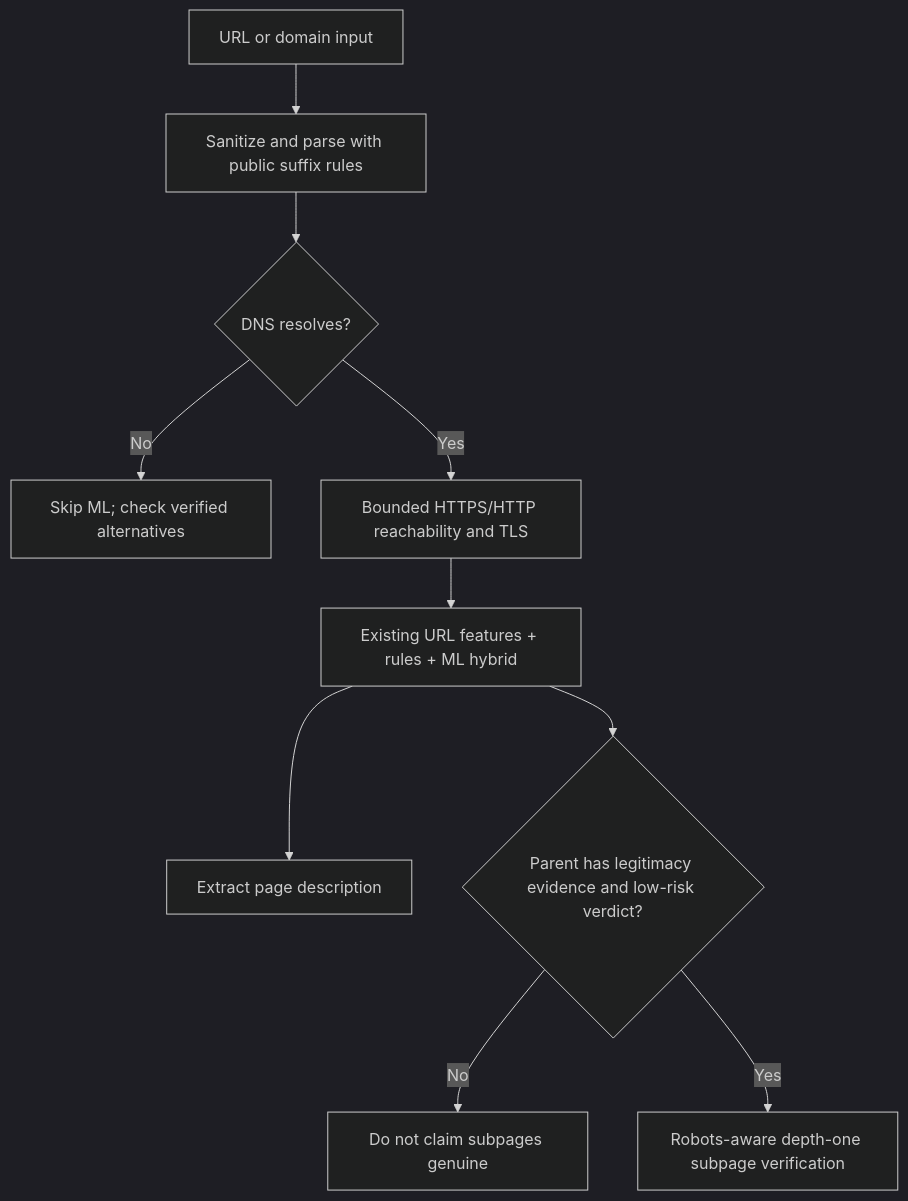
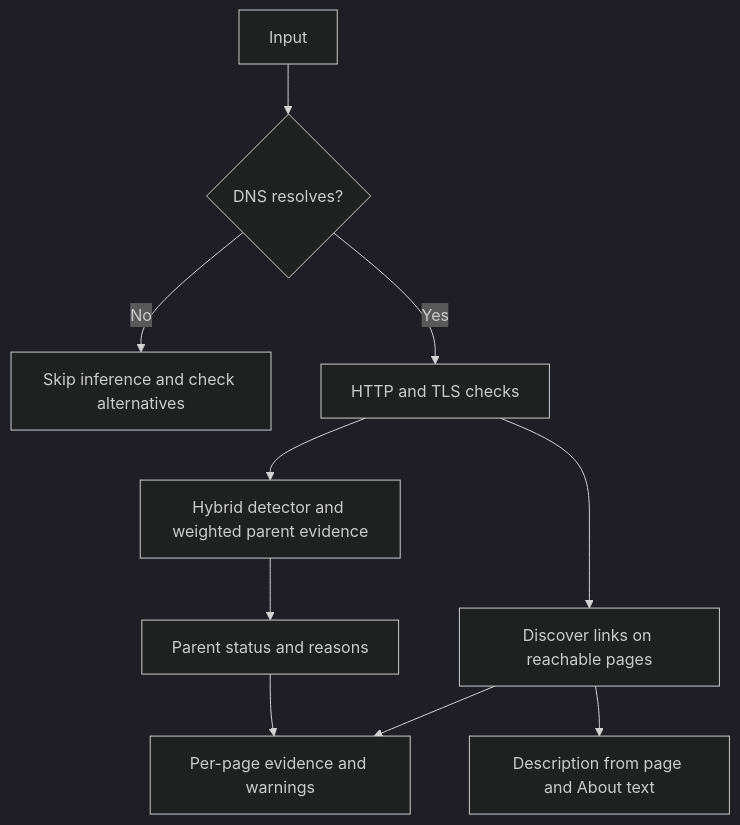
The diagram in README.md (ShreyasYogananda/Phising-Website-Detector-backup), drawn with Mermaid (dark theme) before and after one commit. The commit also changed other lines of this file and 4 other files, not shown here.

````diff
--- a/README.md
+++ b/README.md
@@ -102,12 +107,12 @@
 ```mermaid
 flowchart TD
-  A[URL or domain input] --> B[Sanitize and parse with public suffix rules]
-  B --> C{DNS resolves?}
-  C -- No --> D[Skip ML; check verified alternatives]
-  C -- Yes --> E[Bounded HTTPS/HTTP reachability and TLS]
-  E --> F[Existing URL features + rules + ML hybrid]
-  F --> G[Extract page description]
-  F --> H{Parent has legitimacy evidence and low-risk verdict?}
-  H -- No --> I[Do not claim subpages genuine]
-  H -- Yes --> J[Robots-aware depth-one subpage verification]
+  A[Input] --> B{DNS resolves?}
+  B -- No --> C[Skip inference and check alternatives]
+  B -- Yes --> D[HTTP and TLS checks]
+  D --> E[Hybrid detector and weighted parent evidence]
+  E --> F[Parent status and reasons]
+  D --> G[Discover links on reachable pages]
+  G --> H[Per-page evidence and warnings]
+  F --> H
+  G --> I[Description from page and About text]
 ```
````
